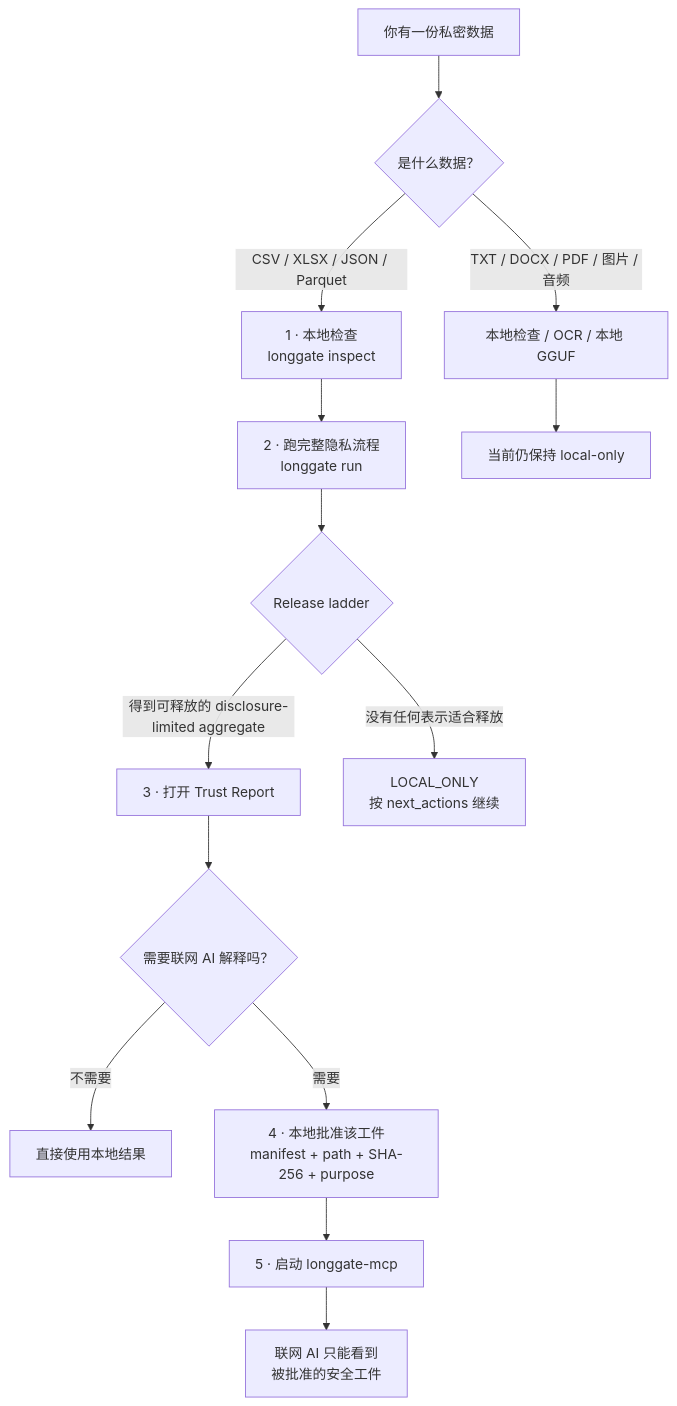
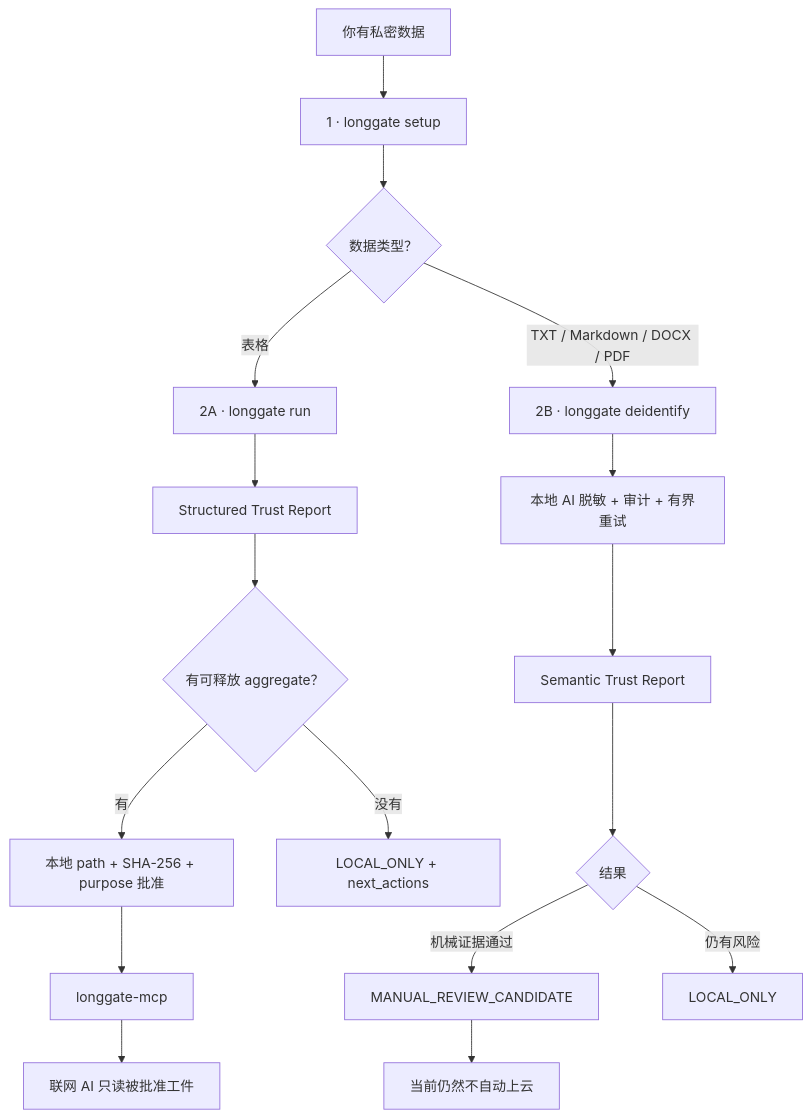
One commit to CochraneK/long-gate changed the diagram in README.zh-CN.md. Above: the diagram before and after it, drawn with Mermaid. The commit also changed other lines of this file and 23 other files, not shown here.

````diff
--- a/README.zh-CN.md
+++ b/README.zh-CN.md
@@ -35,21 +88,21 @@
 ```mermaid
 flowchart TD
-    START["你有一份私密数据"] --> KIND{"是什么数据？"}
+    START["你有私密数据"] --> SETUP["1 · longgate setup"]
+    SETUP --> KIND{"数据类型？"}
 
-    KIND -->|"CSV / XLSX / JSON / Parquet"| INSPECT["1 · 本地检查<br/>longgate inspect"]
-    INSPECT --> RUN["2 · 跑完整隐私流程<br/>longgate run"]
-    RUN --> LADDER{"Release ladder"}
+    KIND -->|"表格"| TABLE["2A · longgate run"]
+    TABLE --> TR["Structured Trust Report"]
+    TR --> SAFE{"有可释放 aggregate？"}
+    SAFE -->|"有"| APPROVE["本地 path + SHA-256 + purpose 批准"]
+    APPROVE --> MCP["longgate-mcp"]
+    MCP --> AI["联网 AI 只读被批准工件"]
+    SAFE -->|"没有"| L1["LOCAL_ONLY + next_actions"]
 
-    LADDER -->|"得到可释放的 disclosure-limited aggregate"| REPORT["3 · 打开 Trust Report"]
-    REPORT --> NEEDAI{"需要联网 AI 解释吗？"}
-
-    NEEDAI -->|"不需要"| LOCALUSE["直接使用本地结果"]
-    NEEDAI -->|"需要"| APPROVE["4 · 本地批准该工件<br/>manifest + path + SHA-256 + purpose"]
-    APPROVE --> MCP["5 · 启动 longgate-mcp"]
-    MCP --> AI["联网 AI 只能看到<br/>被批准的安全工件"]
-
-    LADDER -->|"没有任何表示适合释放"| ONLY["LOCAL_ONLY<br/>按 next_actions 继续"]
-
-    KIND -->|"TXT / DOCX / PDF / 图片 / 音频"| U["本地检查 / OCR / 本地 GGUF"]
-    U --> HOLD["当前仍保持 local-only"]
+    KIND -->|"TXT / Markdown / DOCX / PDF"| DEID["2B · longgate deidentify"]
+    DEID --> LOOP["本地 AI 脱敏 + 审计 + 有界重试"]
+    LOOP --> SR["Semantic Trust Report"]
+    SR --> RESULT{"结果"}
+    RESULT -->|"机械证据通过"| REVIEW["MANUAL_REVIEW_CANDIDATE"]
+    RESULT -->|"仍有风险"| L2["LOCAL_ONLY"]
+    REVIEW --> HOLD["当前仍然不自动上云"]
 ```
````
